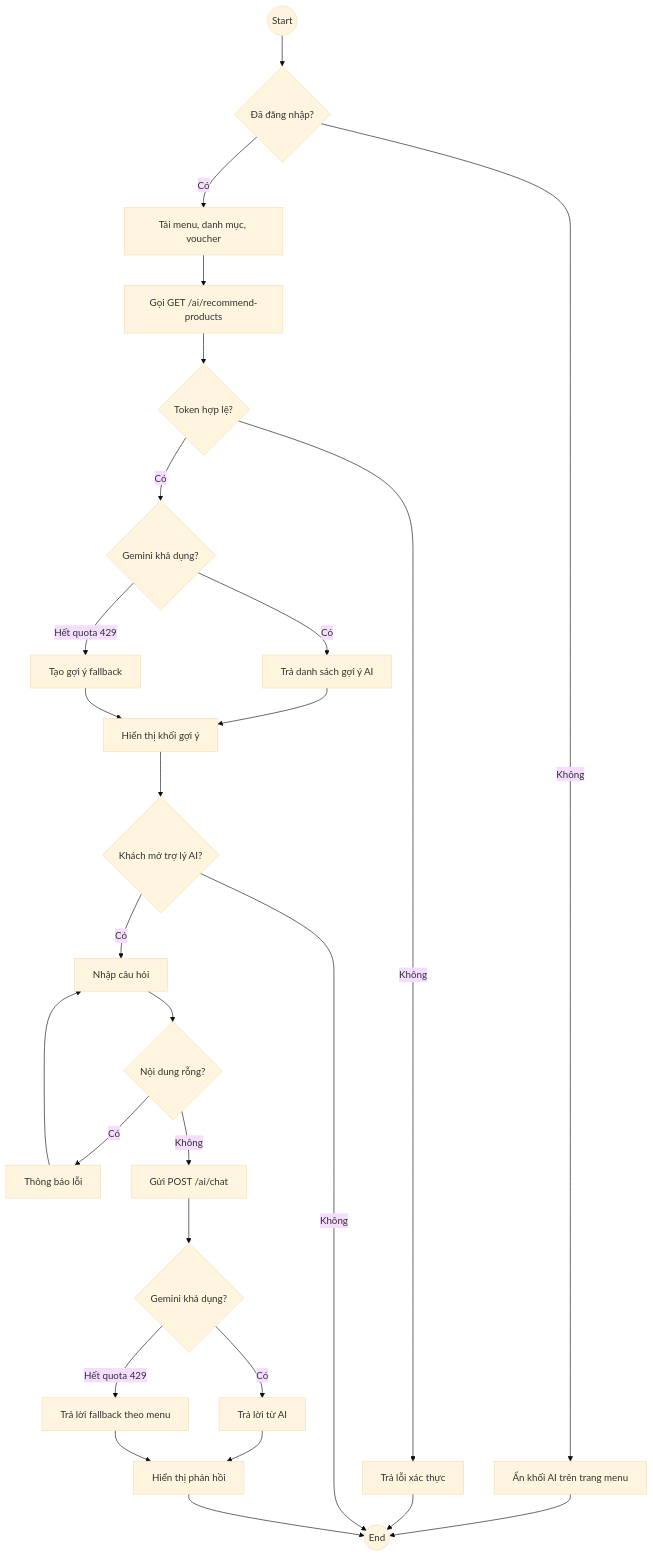
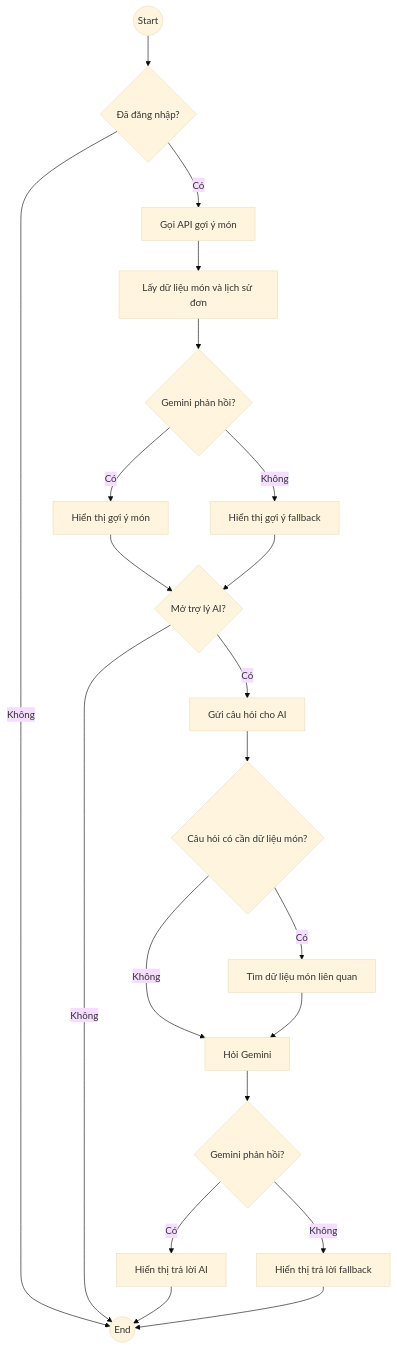
Diagram 44 of 48 in docs/usecase-dac-ta-chuc-nang-con-lai.md (Pvmvn/BE-CDTN), drawn with Mermaid (base theme) before and after one commit. The commit also changed other lines of this file and 4 other files, not shown here.

````diff
--- a/docs/usecase-dac-ta-chuc-nang-con-lai.md
+++ b/docs/usecase-dac-ta-chuc-nang-con-lai.md
@@ -2887,27 +2891,23 @@
 ```mermaid
 flowchart TB
   Start((Start)) --> Login{Đã đăng nhập?}
-  Login -- Không --> HideAI[Ẩn khối AI trên trang menu] --> End((End))
-  Login -- Có --> LoadMenu[Tải menu, danh mục, voucher]
-  LoadMenu --> AutoCall[Gọi GET /ai/recommend-products]
-  AutoCall --> Verify{Token hợp lệ?}
-  Verify -- Không --> ErrorAuth[Trả lỗi xác thực] --> End
-  Verify -- Có --> GeminiRecommend{Gemini khả dụng?}
-  GeminiRecommend -- Có --> AIResult[Trả danh sách gợi ý AI]
-  GeminiRecommend -- Hết quota 429 --> FallbackRecommend[Tạo gợi ý fallback]
-  AIResult --> ShowRecommend[Hiển thị khối gợi ý]
-  FallbackRecommend --> ShowRecommend
-  ShowRecommend --> OpenChat{Khách mở trợ lý AI?}
+  Login -- Không --> End((End))
+  Login -- Có --> RecommendAPI[Gọi API gợi ý món]
+  RecommendAPI --> LoadData[Lấy dữ liệu món và lịch sử đơn]
+  LoadData --> GeminiRecommend{Gemini phản hồi?}
+  GeminiRecommend -- Có --> ShowRecommend[Hiển thị gợi ý món]
+  GeminiRecommend -- Không --> ShowFallback[Hiển thị gợi ý fallback]
+  ShowRecommend --> OpenChat{Mở trợ lý AI?}
+  ShowFallback --> OpenChat
   OpenChat -- Không --> End
-  OpenChat -- Có --> Input[Nhập câu hỏi]
-  Input --> CheckMsg{Nội dung rỗng?}
-  CheckMsg -- Có --> ErrorMsg[Thông báo lỗi]
-  ErrorMsg --> Input
-  CheckMsg -- Không --> ChatAPI[Gửi POST /ai/chat]
-  ChatAPI --> GeminiChat{Gemini khả dụng?}
-  GeminiChat -- Có --> Reply[Trả lời từ AI]
-  GeminiChat -- Hết quota 429 --> FallbackChat[Trả lời fallback theo menu]
-  Reply --> ShowChat[Hiển thị phản hồi]
-  FallbackChat --> ShowChat
-  ShowChat --> End
+  OpenChat -- Có --> ChatAPI[Gửi câu hỏi cho AI]
+  ChatAPI --> CheckNeed{Câu hỏi có cần dữ liệu món?}
+  CheckNeed -- Có --> SearchData[Tìm dữ liệu món liên quan]
+  CheckNeed -- Không --> GeminiChat[Hỏi Gemini]
+  SearchData --> GeminiChat
+  GeminiChat --> ChatResult{Gemini phản hồi?}
+  ChatResult -- Có --> ShowReply[Hiển thị trả lời AI]
+  ChatResult -- Không --> ShowReplyFallback[Hiển thị trả lời fallback]
+  ShowReply --> End
+  ShowReplyFallback --> End
 ```
````
